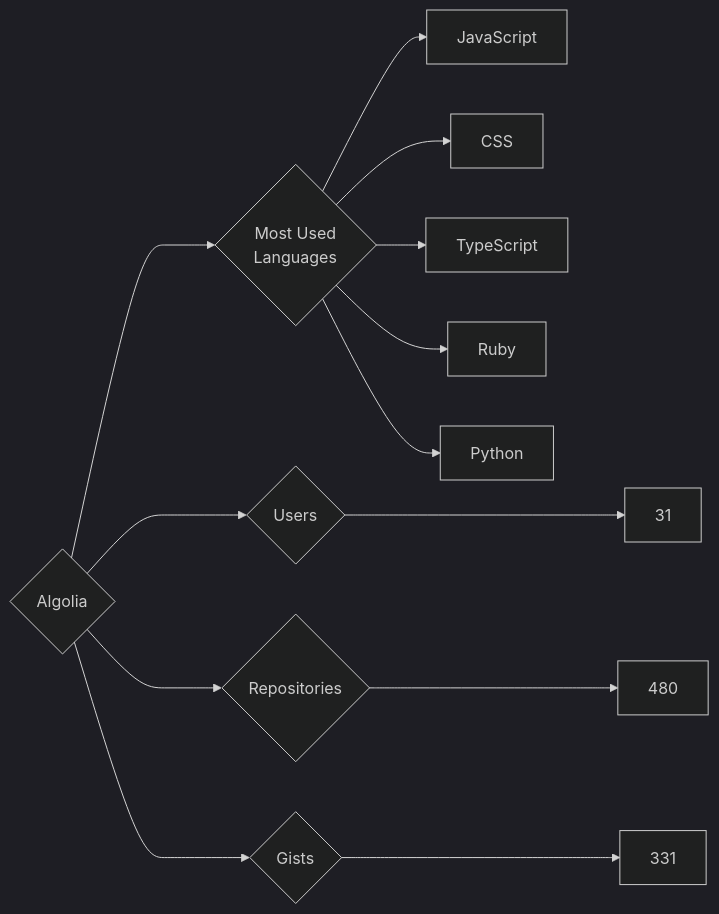
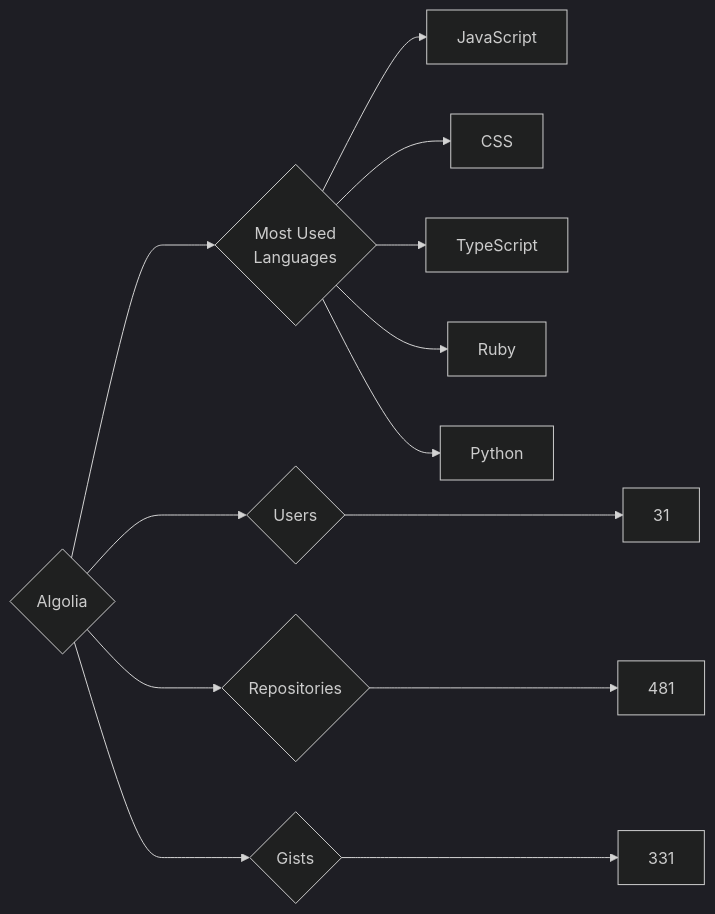
The diagram in targets/Algolia/README.md (trickest/insiders), drawn with Mermaid (dark theme) before and after one commit. The commit also changed 440 other files, not shown here.

````diff
--- a/targets/Algolia/README.md
+++ b/targets/Algolia/README.md
@@ -3,13 +3,13 @@
 ```mermaid
 graph LR
 COMPANY_NAME{Algolia}
 COMPANY_NAME ---> U{Users} ---> UN[31]
-COMPANY_NAME ---> R{Repositories} ---> RN[480]
+COMPANY_NAME ---> R{Repositories} ---> RN[481]
 COMPANY_NAME ---> G{Gists} ---> GN[331]
 COMPANY_NAME ---> ML{Most Used<br>Languages}
 ML --> JavaScript[JavaScript]
 ML --> CSS[CSS]
 ML --> TypeScript[TypeScript]
 ML --> Ruby[Ruby]
 ML --> Python[Python]
 ```
````
